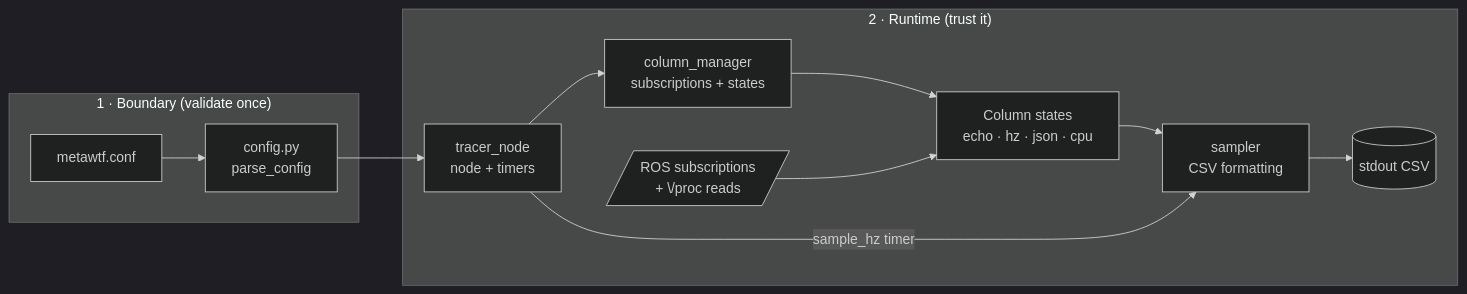
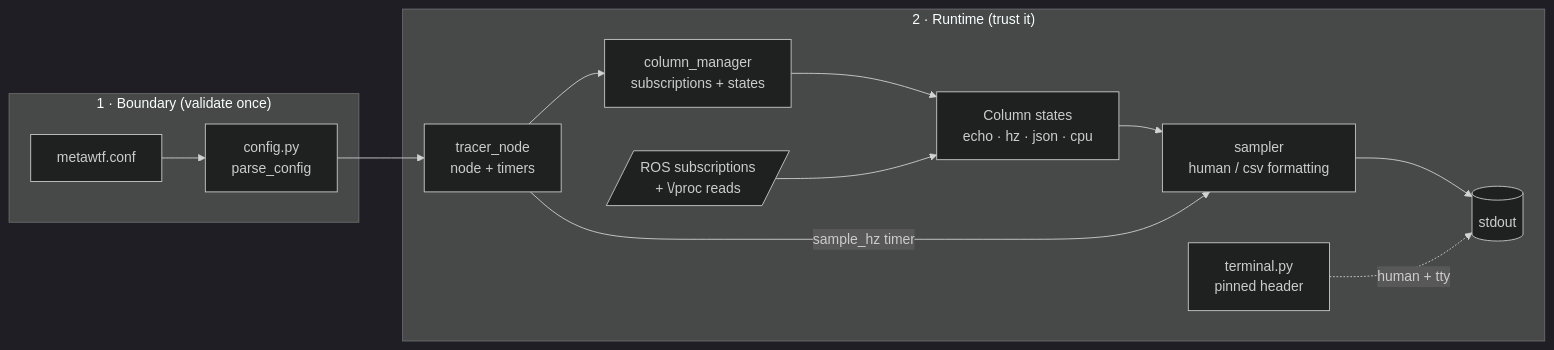
Before and after one commit to Boston-Robot-Hackers/metawtf: the first of 2 diagrams in 01-literate/00-overview.md, drawn with Mermaid (dark theme). The commit also changed other lines of this file and 21 other files, not shown here.

First line of the commit message:
F07: human/csv output formats with pinned terminal header

````diff
--- a/01-literate/00-overview.md
+++ b/01-literate/00-overview.md
@@ -25,15 +28,16 @@
 ```mermaid
 flowchart LR
     subgraph boundary ["1 · Boundary (validate once)"]
         CONF[metawtf.conf] --> CFG[config.py<br/>parse_config]
     end
     subgraph runtime ["2 · Runtime (trust it)"]
         CFG --> NODE[tracer_node<br/>node + timers]
         NODE --> MGR[column_manager<br/>subscriptions + states]
         MGR --> ST[Column states<br/>echo · hz · json · cpu]
         SUB[/ROS subscriptions<br/>+ \/proc reads/] --> ST
-        ST --> SMP[sampler<br/>CSV formatting]
+        ST --> SMP[sampler<br/>human / csv formatting]
         NODE -->|sample_hz timer| SMP
-        SMP --> OUT[(stdout CSV)]
+        SMP --> OUT[(stdout)]
+        TERM[terminal.py<br/>pinned header] -.->|human + tty| OUT
     end
 ```
````
